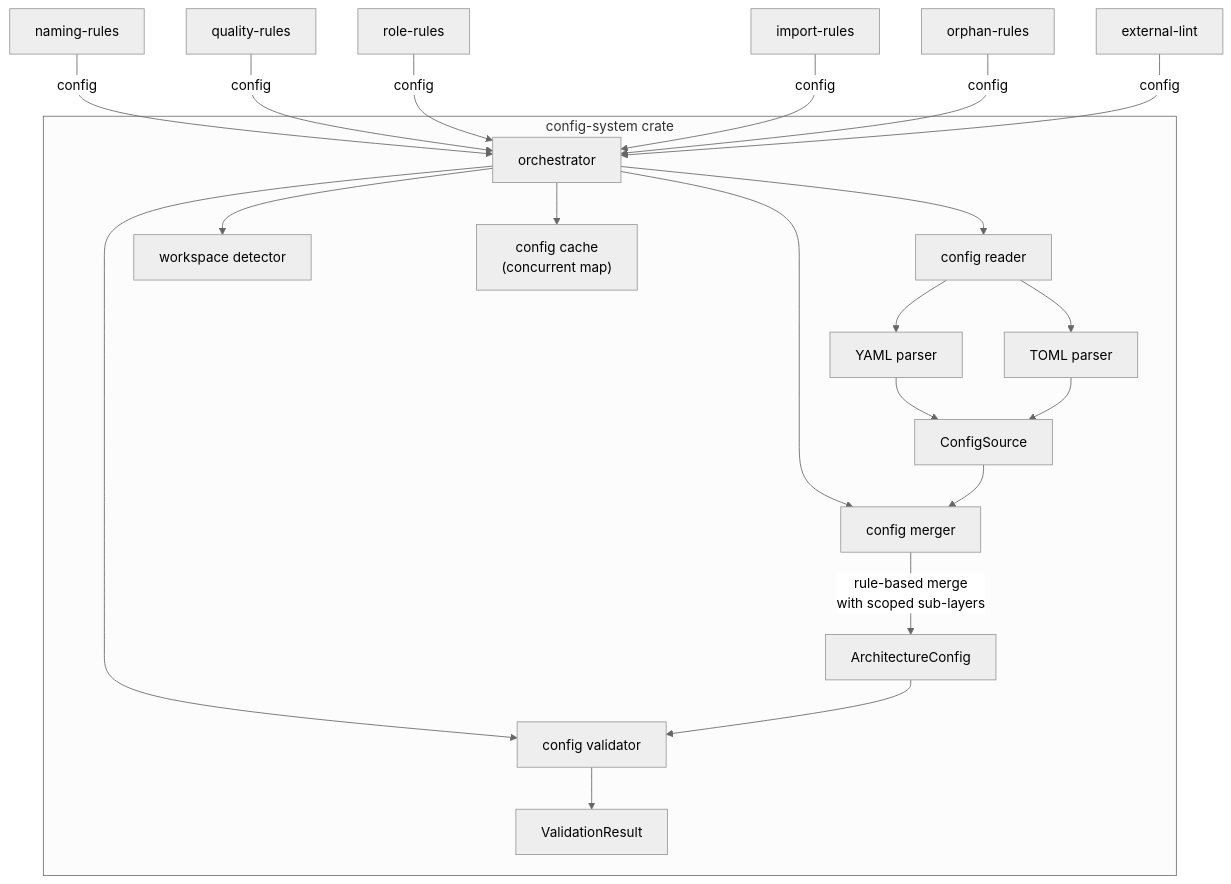
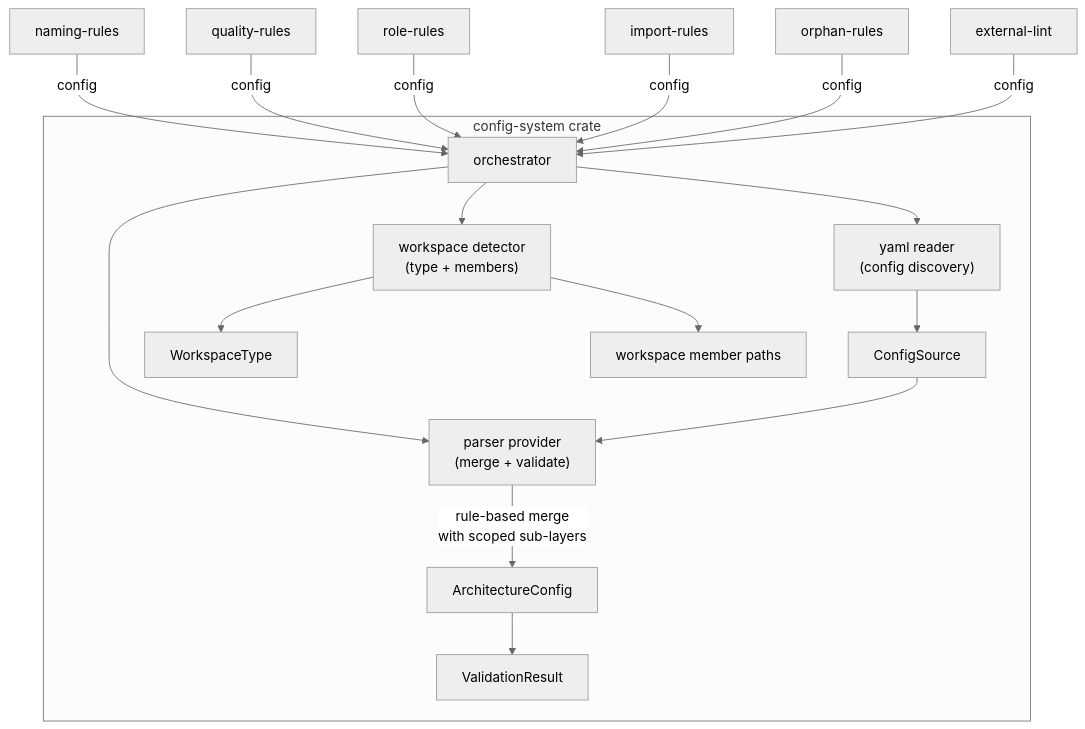
The diagram in crates/config-system/FRD.md (rakaarwaky/lint-arwaky), drawn with Mermaid (neutral theme) before and after one commit. The commit also changed other lines of this file and 1 other file, not shown here.

First line of the commit message:
docs(config-system): rewrite FRD — consolidate 10 mixed FRs into 5 pure business capabilities

````diff
--- a/crates/config-system/FRD.md
+++ b/crates/config-system/FRD.md
@@ -19,27 +17,22 @@
 ```mermaid
 flowchart TD
     subgraph CS ["config-system crate"]
-        A["orchestrator"] --> B["config reader"]
-        A --> C["config merger"]
-        A --> D["config validator"]
-        A --> E["workspace detector"]
-        A --> F["config cache\n(concurrent map)"]
+        A["orchestrator"] --> B["yaml reader\n(config discovery)"]
+        A --> C["workspace detector\n(type + members)"]
+        A --> D["parser provider\n(merge + validate)"]
 
-        B --> G["YAML parser"]
-        B --> H["TOML parser"]
-        G --> I["ConfigSource"]
-        H --> I
-        I --> C
-        C -->|"rule-based merge\nwith scoped sub-layers"| J["ArchitectureConfig"]
-        J --> D
-        D --> K["ValidationResult"]
+        B --> E["ConfigSource"]
+        C --> F["WorkspaceType"]
+        C --> G["workspace member paths"]
+        E --> D
+        D -->|"rule-based merge\nwith scoped sub-layers"| H["ArchitectureConfig"]
+        H --> I["ValidationResult"]
     end
 
-    L["naming-rules"] -->|"config"| A
-    M["quality-rules"] -->|"config"| A
-    N["role-rules"] -->|"config"| A
-    O["import-rules"] -->|"config"| A
-    P["orphan-rules"] -->|"config"| A
-    Q["external-lint"] -->|"config"| A
-
+    J["naming-rules"] -->|"config"| A
+    K["quality-rules"] -->|"config"| A
+    L["role-rules"] -->|"config"| A
+    M["import-rules"] -->|"config"| A
+    N["orphan-rules"] -->|"config"| A
+    O["external-lint"] -->|"config"| A
 ```
````
